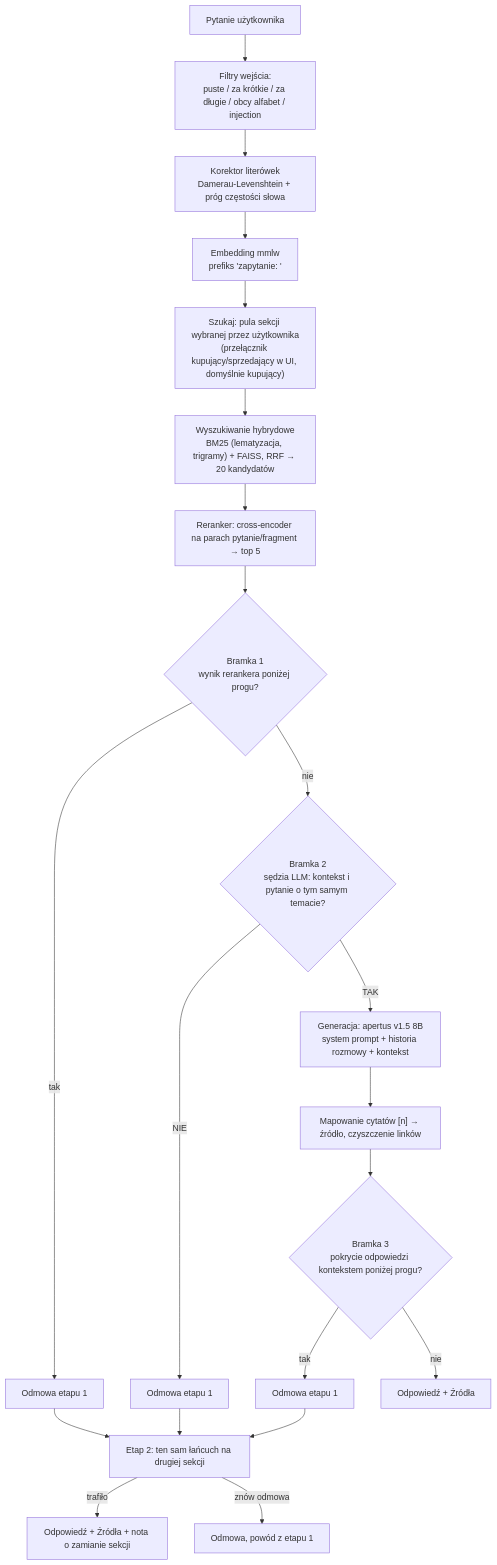
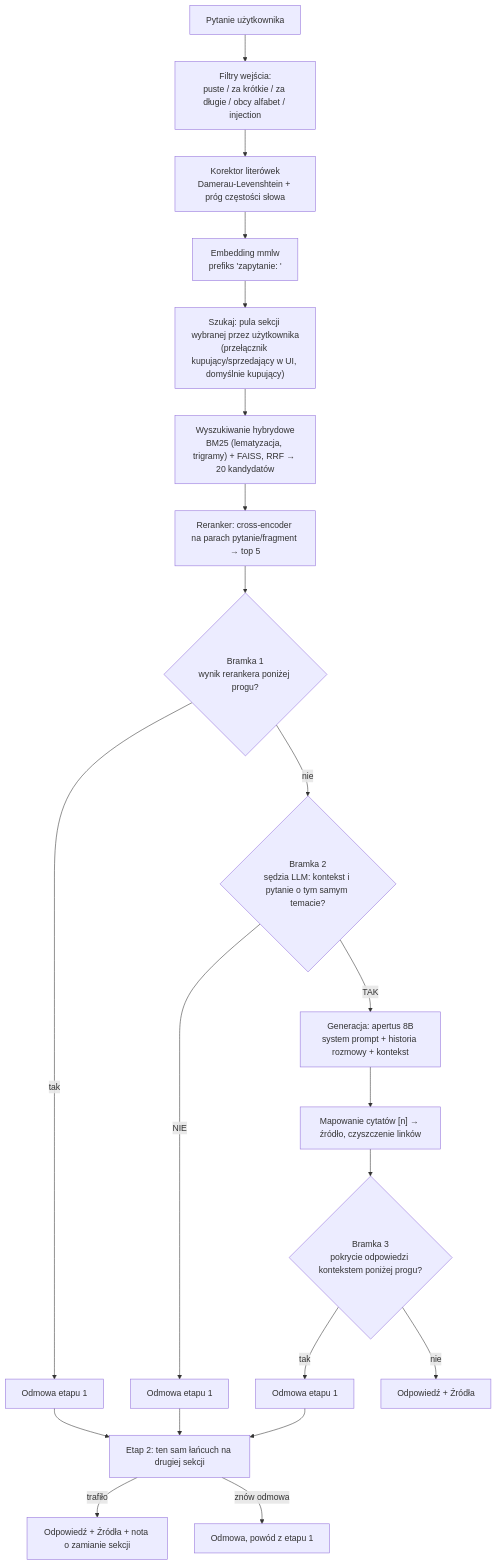
One commit to OskarOG1/Chatbot-RAG changed the diagram in README.md. Above: the diagram before and after it, drawn with Mermaid. The commit also changed other lines of this file and 9 other files, not shown here.

````diff
--- a/README.md
+++ b/README.md
@@ -48,23 +48,23 @@
 ```mermaid
 flowchart TD
     Q["Pytanie użytkownika"] --> F["Filtry wejścia:<br/>puste / za krótkie / za długie / obcy alfabet / injection"]
     F --> K["Korektor literówek<br/>Damerau-Levenshtein + próg częstości słowa"]
     K --> E["Embedding mmlw<br/>prefiks 'zapytanie: '"]
     E --> S["Szukaj: pula sekcji wybranej przez użytkownika<br/>(przełącznik kupujący/sprzedający w UI, domyślnie kupujący)"]
     S --> H["Wyszukiwanie hybrydowe<br/>BM25 (lematyzacja, trigramy) + FAISS, RRF → 20 kandydatów"]
     H --> RR["Reranker: cross-encoder na parach pytanie/fragment → top 5"]
     RR --> G1{"Bramka 1<br/>wynik rerankera poniżej progu?"}
     G1 -- tak --> D1["Odmowa etapu 1"]
     G1 -- nie --> G2{"Bramka 2<br/>sędzia LLM: kontekst i pytanie o tym samym temacie?"}
     G2 -- NIE --> D2["Odmowa etapu 1"]
-    G2 -- TAK --> GEN["Generacja: apertus v1.5 8B<br/>system prompt + historia rozmowy + kontekst"]
+    G2 -- TAK --> GEN["Generacja: apertus 8B<br/>system prompt + historia rozmowy + kontekst"]
     GEN --> C["Mapowanie cytatów [n] → źródło, czyszczenie linków"]
     C --> G3{"Bramka 3<br/>pokrycie odpowiedzi kontekstem poniżej progu?"}
     G3 -- tak --> D3["Odmowa etapu 1"]
     G3 -- nie --> A1["Odpowiedź + Źródła"]
     D1 --> S2["Etap 2: ten sam łańcuch na drugiej sekcji"]
     D2 --> S2
     D3 --> S2
     S2 -- trafiło --> A2["Odpowiedź + Źródła + nota o zamianie sekcji"]
     S2 -- "znów odmowa" --> D4["Odmowa, powód z etapu 1"]
 ```
````
